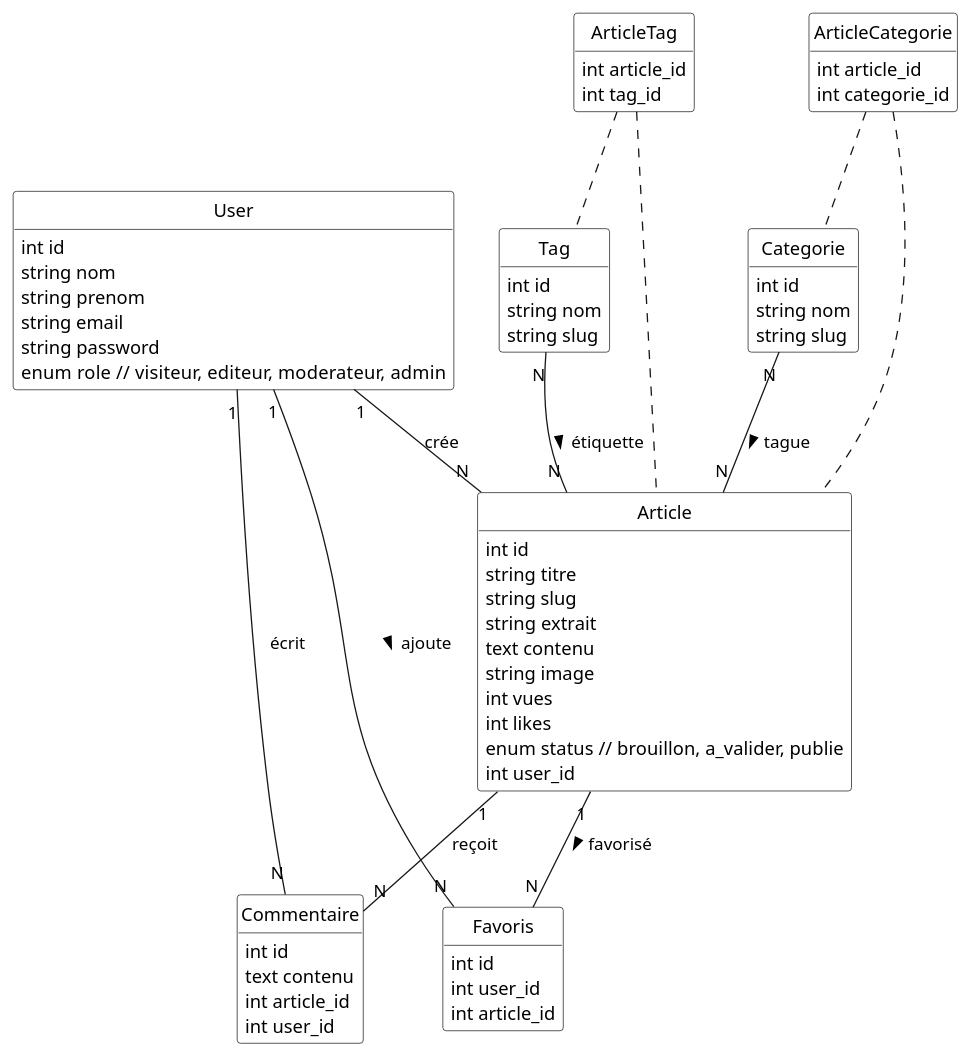
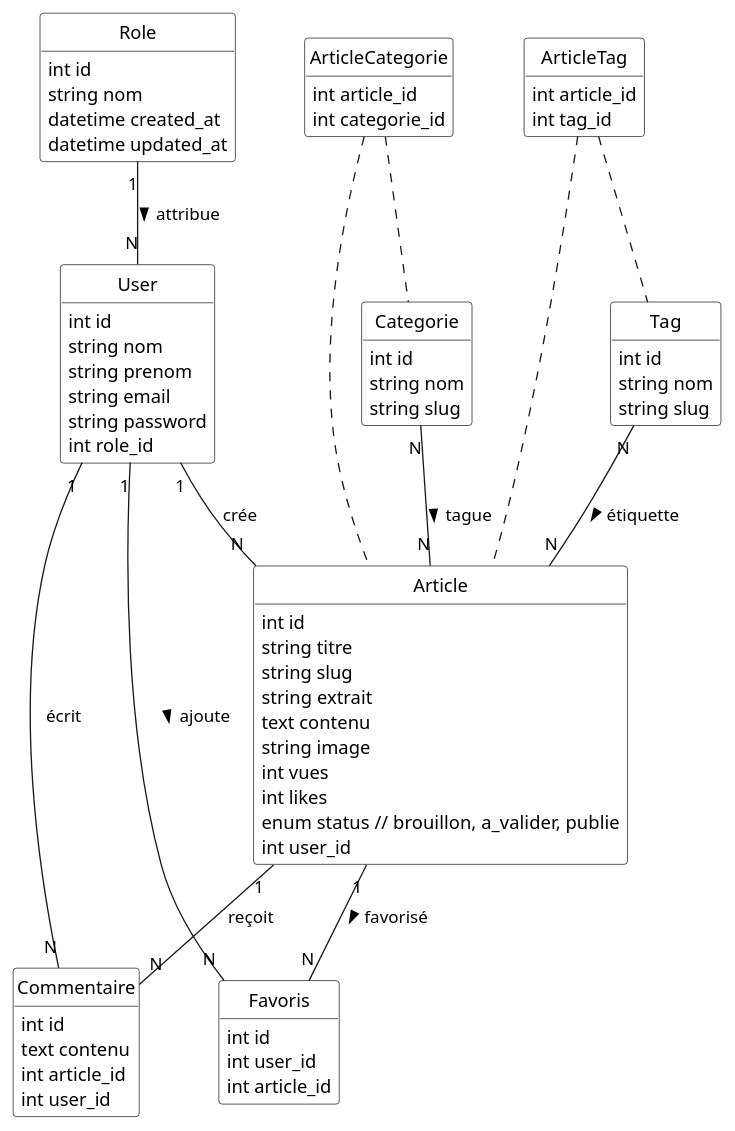
Before and after one commit to salma-dev123/blog-Chefchaouen-Bleu-Durable: the diagram in Conception/diagram_class.puml, drawn with PlantUML.

Commit message:
diagramm class

```diff
--- a/Conception/diagram_class.puml
+++ b/Conception/diagram_class.puml
@@ -1,86 +1,96 @@
 @startuml
 skinparam class {
     BackgroundColor White
     BorderColor Black
 }
 hide circle
 hide methods
 
 '============== Classes ==============
 class User {
   int id
   string nom
   string prenom
   string email
   string password
-  enum role // visiteur, editeur, moderateur, admin
+  int role_id
+}
+
+class Role {
+  int id
+  string nom
+  datetime created_at
+  datetime updated_at
 }
 
 class Article {
   int id
   string titre
   string slug
   string extrait
   text contenu
   string image
   int vues
   int likes
   enum status // brouillon, a_valider, publie
   int user_id
 }
 
 class Commentaire {
   int id
   text contenu
   int article_id
   int user_id
 }
 
 class Categorie {
   int id
   string nom
   string slug
 }
 
 class ArticleCategorie {
   int article_id
   int categorie_id
 }
 
 class Favoris {
   int id
   int user_id
   int article_id
 }
 
 '============== NEW : Tags ==============
 class Tag {
   int id
   string nom
   string slug
 }
 
 class ArticleTag {
   int article_id
   int tag_id
 }
 
 '============== Relations ==============
 
 User "1" -- "N" Article : crée
 User "1" -- "N" Commentaire : écrit
 Article "1" -- "N" Commentaire : reçoit
 
 User "1" -- "N" Favoris : ajoute >
 Article "1" -- "N" Favoris : favorisé >
 
 Categorie "N" -- "N" Article : tague >
 ArticleCategorie .. Categorie
 ArticleCategorie .. Article
 
 '============== Relations Tags ==============
 Tag "N" -- "N" Article : étiquette >
 ArticleTag .. Tag
 ArticleTag .. Article
 
+'============== Relation User <-> Role ==============
+Role "1" -- "N" User : attribue >
+
 @enduml
```
